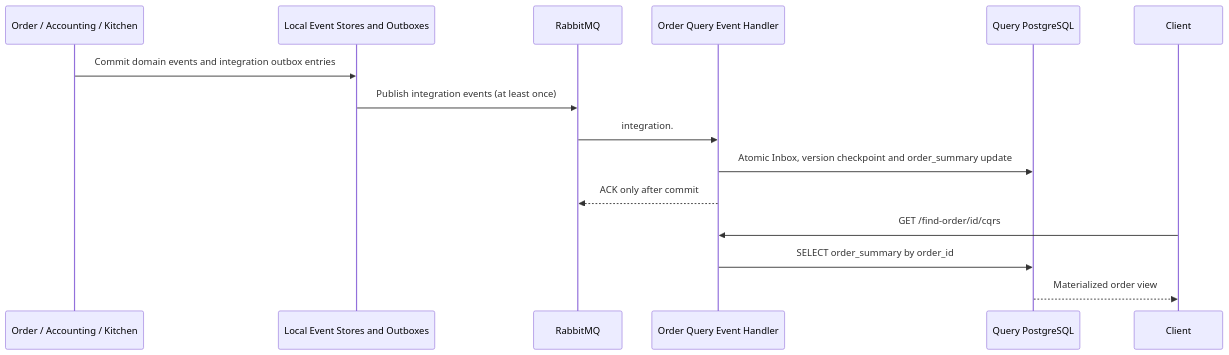
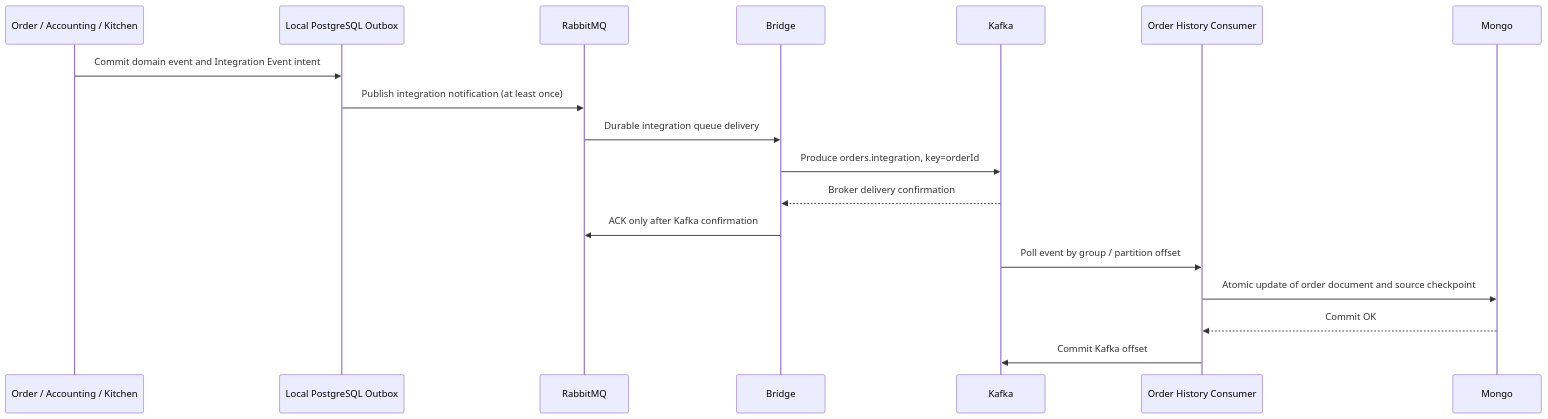
One commit to saverioieva/information-systems-design-big-data-examples changed the fourth of 4 diagrams in event-driven-architecture/event-sourced-cqrs-query-service/README.md. Above: the diagram before and after it, drawn with Mermaid. The commit also changed other lines of this file and 28 other files, not shown here.

First line of the commit message:
refactor(chapter5): separate saga handlers and enhance event-sourced CQRS

````diff
--- a/event-driven-architecture/event-sourced-cqrs-query-service/README.md
+++ b/event-driven-architecture/event-sourced-cqrs-query-service/README.md
@@ -112,17 +147,20 @@
 ```mermaid
 sequenceDiagram
-    participant Services as Order / Accounting / Kitchen
-    participant Store as Local Event Stores and Outboxes
-    participant Broker as RabbitMQ
-    participant Projection as Order Query Event Handler
-    participant ReadDB as Query PostgreSQL
-    participant Client
-    Services->>Store: Commit domain events and integration outbox entries
-    Store->>Broker: Publish integration events (at least once)
-    Broker->>Projection: integration.# (durable Query queue)
-    Projection->>ReadDB: Atomic Inbox, version checkpoint and order_summary update
-    Projection-->>Broker: ACK only after commit
-    Client->>Projection: GET /find-order/id/cqrs
-    Projection->>ReadDB: SELECT order_summary by order_id
-    ReadDB-->>Client: Materialized order view
+    participant Src as Order / Accounting / Kitchen
+    participant Pg as Local PostgreSQL Outbox
+    participant R as RabbitMQ
+    participant B as Bridge
+    participant Kafka
+    participant H as Order History Consumer
+    participant Mongo
+    Src->>Pg: Commit domain event and Integration Event intent
+    Pg->>R: Publish integration notification (at least once)
+    R->>B: Durable integration queue delivery
+    B->>Kafka: Produce orders.integration, key=orderId
+    Kafka-->>B: Broker delivery confirmation
+    B->>R: ACK only after Kafka confirmation
+    Kafka->>H: Poll event by group / partition offset
+    H->>Mongo: Atomic update of order document and source checkpoint
+    Mongo-->>H: Commit OK
+    H->>Kafka: Commit Kafka offset
 ```
````
